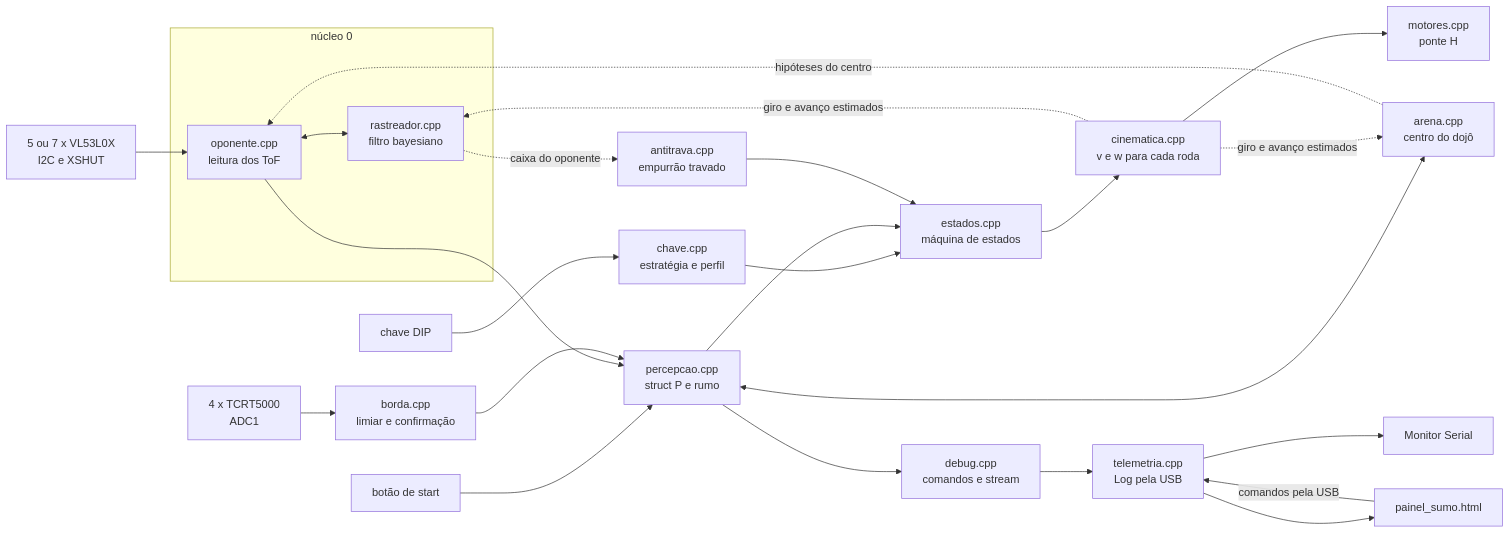
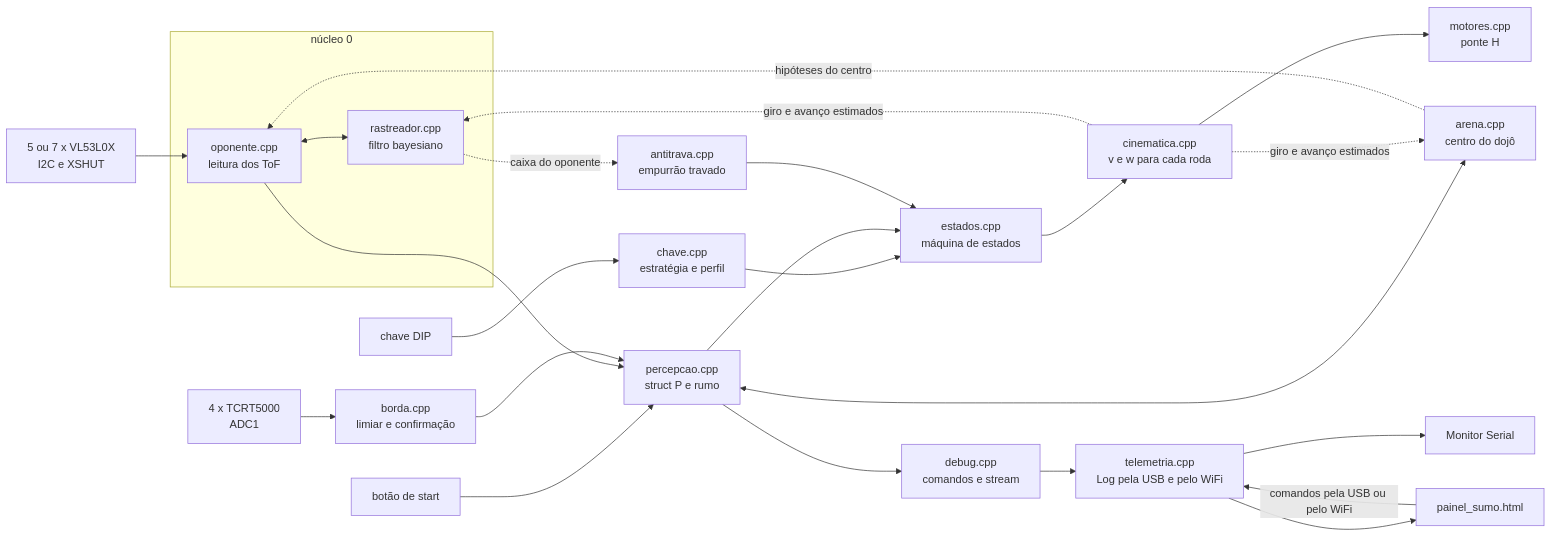
The second of 3 diagrams in README.md (felcoslop/LAB_III_Grupo_D_UFMG_2026_2), drawn with Mermaid before and after one commit. The commit also changed other lines of this file and 16 other files, not shown here.

First line of the commit message:
feat(telemetria): WiFi opcional (USAR_WIFI 0 ou 1) e painel pela rede do robô

````diff
--- a/README.md
+++ b/README.md
@@ -665,27 +679,27 @@
 ```mermaid
 flowchart LR
     subgraph N0["núcleo 0"]
         OPO["oponente.cpp<br/>leitura dos ToF"] <--> RAS["rastreador.cpp<br/>filtro bayesiano"]
     end
     TOF["5 ou 7 x VL53L0X<br/>I2C e XSHUT"] --> OPO
     TCRT["4 x TCRT5000<br/>ADC1"] --> BOR["borda.cpp<br/>limiar e confirmação"]
     DIP["chave DIP"] --> CHA["chave.cpp<br/>estratégia e perfil"]
     BOT["botão de start"] --> PER
     OPO --> PER["percepcao.cpp<br/>struct P e rumo"]
     BOR --> PER
     PER <--> ARE["arena.cpp<br/>centro do dojô"]
     ARE -. "hipóteses do centro" .-> OPO
     CHA --> EST
     PER --> EST["estados.cpp<br/>máquina de estados"]
     RAS -. "caixa do oponente" .-> ANT["antitrava.cpp<br/>empurrão travado"]
     ANT --> EST
     EST --> CIN["cinematica.cpp<br/>v e w para cada roda"]
     CIN --> MOT["motores.cpp<br/>ponte H"]
     CIN -. "giro e avanço estimados" .-> RAS
     CIN -. "giro e avanço estimados" .-> ARE
     PER --> DEB["debug.cpp<br/>comandos e stream"]
-    DEB --> TEL["telemetria.cpp<br/>Log pela USB"]
+    DEB --> TEL["telemetria.cpp<br/>Log pela USB e pelo WiFi"]
     TEL --> USB["Monitor Serial"]
     TEL --> PAI["painel_sumo.html"]
-    PAI -- "comandos pela USB" --> TEL
+    PAI -- "comandos pela USB ou pelo WiFi" --> TEL
 ```
````
